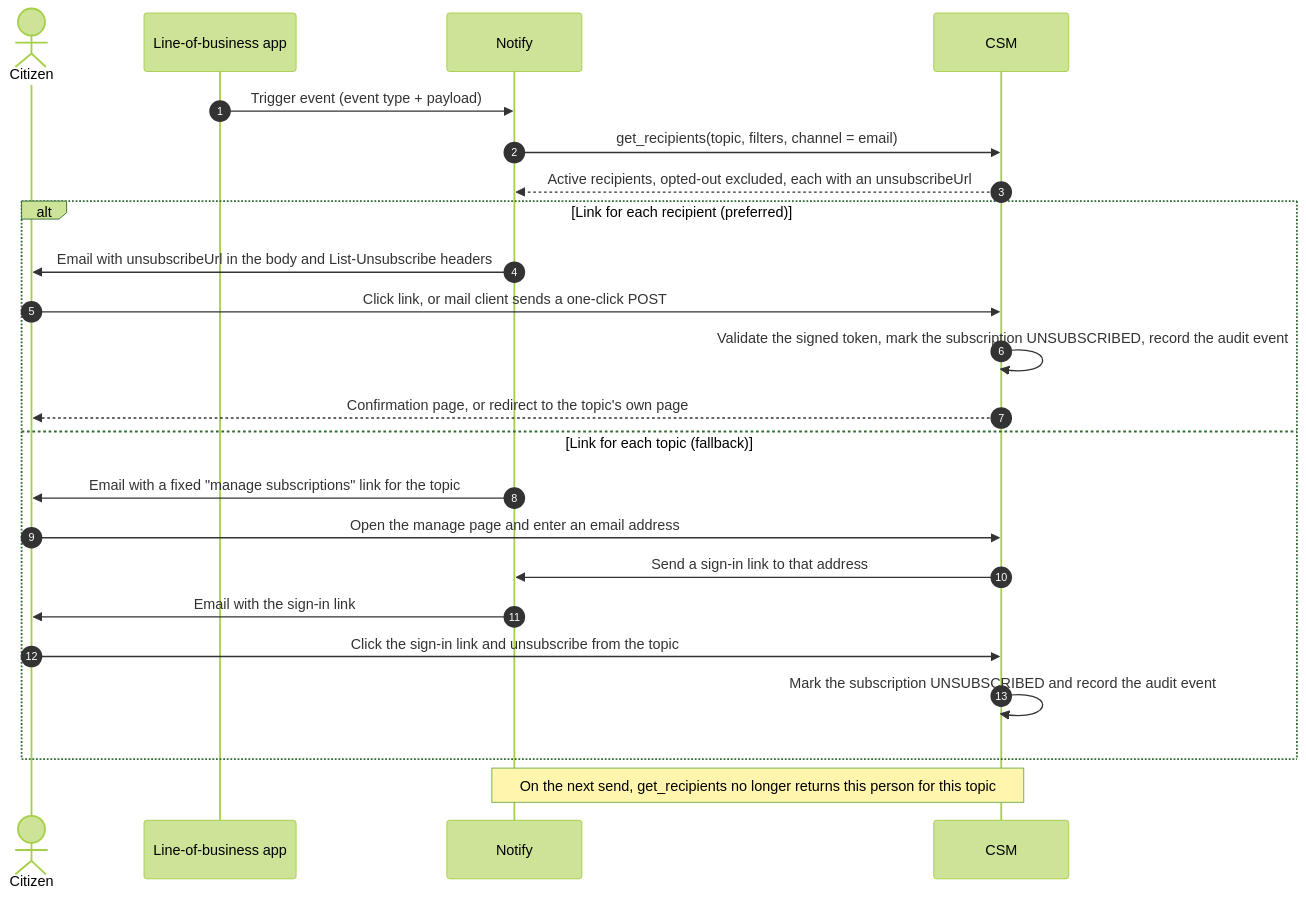
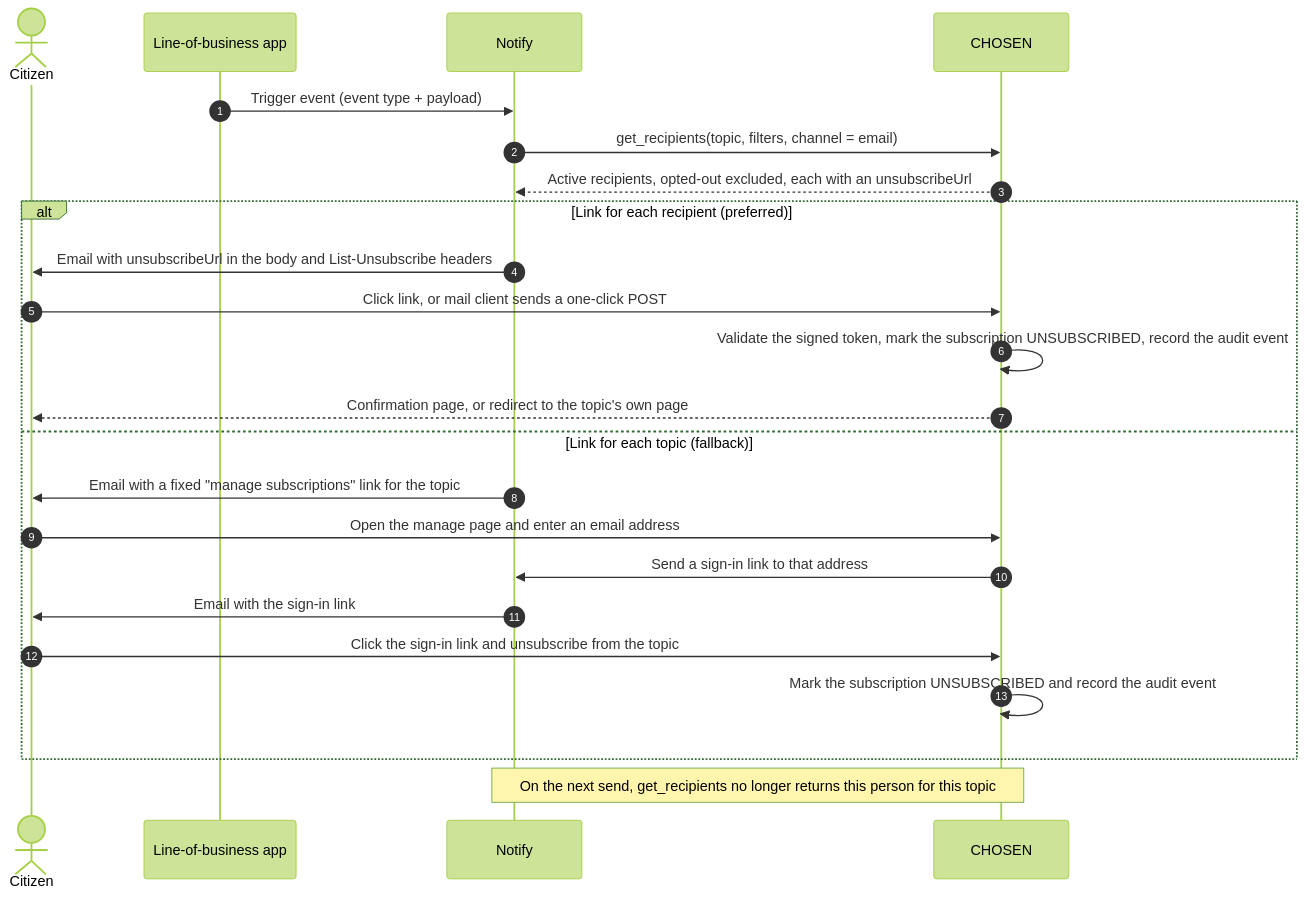
Before and after one commit to bcgov/common-subscription-manager: the fifth of 7 diagrams in README.md, drawn with Mermaid (forest theme). The commit also changed other lines of this file and 9 other files, not shown here.

Commit message:
Renamed repo to common-hosted-subscription-for-event-notifications

````diff
--- a/README.md
+++ b/README.md
@@ -188,28 +188,28 @@
 ```mermaid
 sequenceDiagram
     autonumber
     actor Citizen
     participant LOB as Line-of-business app
     participant Notify
-    participant CSM
+    participant CHOSEN
 
     LOB->>Notify: Trigger event (event type + payload)
-    Notify->>CSM: get_recipients(topic, filters, channel = email)
-    CSM-->>Notify: Active recipients, opted-out excluded, each with an unsubscribeUrl
+    Notify->>CHOSEN: get_recipients(topic, filters, channel = email)
+    CHOSEN-->>Notify: Active recipients, opted-out excluded, each with an unsubscribeUrl
 
     alt Link for each recipient (preferred)
         Notify->>Citizen: Email with unsubscribeUrl in the body and List-Unsubscribe headers
-        Citizen->>CSM: Click link, or mail client sends a one-click POST
-        CSM->>CSM: Validate the signed token, mark the subscription UNSUBSCRIBED, record the audit event
-        CSM-->>Citizen: Confirmation page, or redirect to the topic's own page
+        Citizen->>CHOSEN: Click link, or mail client sends a one-click POST
+        CHOSEN->>CHOSEN: Validate the signed token, mark the subscription UNSUBSCRIBED, record the audit event
+        CHOSEN-->>Citizen: Confirmation page, or redirect to the topic's own page
     else Link for each topic (fallback)
         Notify->>Citizen: Email with a fixed "manage subscriptions" link for the topic
-        Citizen->>CSM: Open the manage page and enter an email address
-        CSM->>Notify: Send a sign-in link to that address
+        Citizen->>CHOSEN: Open the manage page and enter an email address
+        CHOSEN->>Notify: Send a sign-in link to that address
         Notify->>Citizen: Email with the sign-in link
-        Citizen->>CSM: Click the sign-in link and unsubscribe from the topic
-        CSM->>CSM: Mark the subscription UNSUBSCRIBED and record the audit event
+        Citizen->>CHOSEN: Click the sign-in link and unsubscribe from the topic
+        CHOSEN->>CHOSEN: Mark the subscription UNSUBSCRIBED and record the audit event
     end
 
-    Note over Notify,CSM: On the next send, get_recipients no longer returns this person for this topic
+    Note over Notify,CHOSEN: On the next send, get_recipients no longer returns this person for this topic
 ```
````
